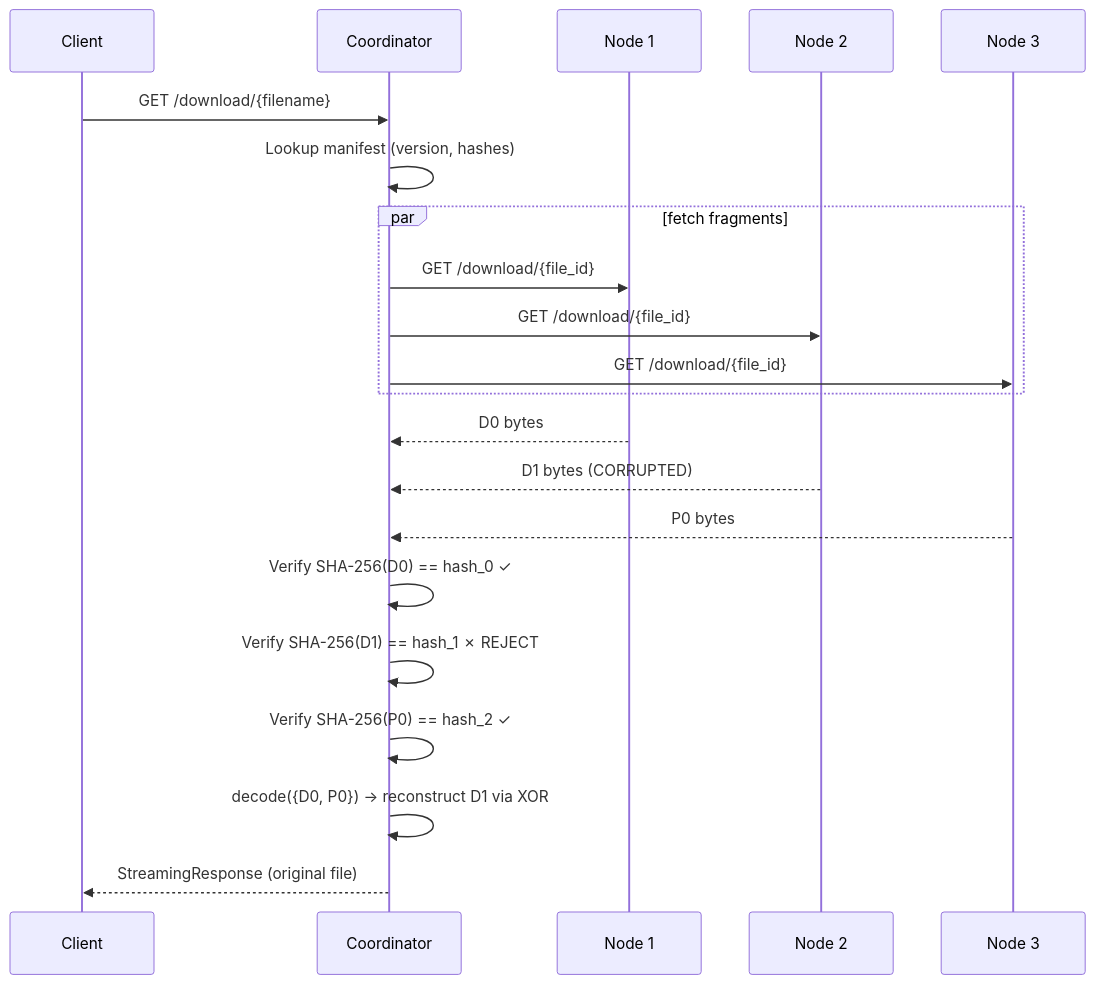
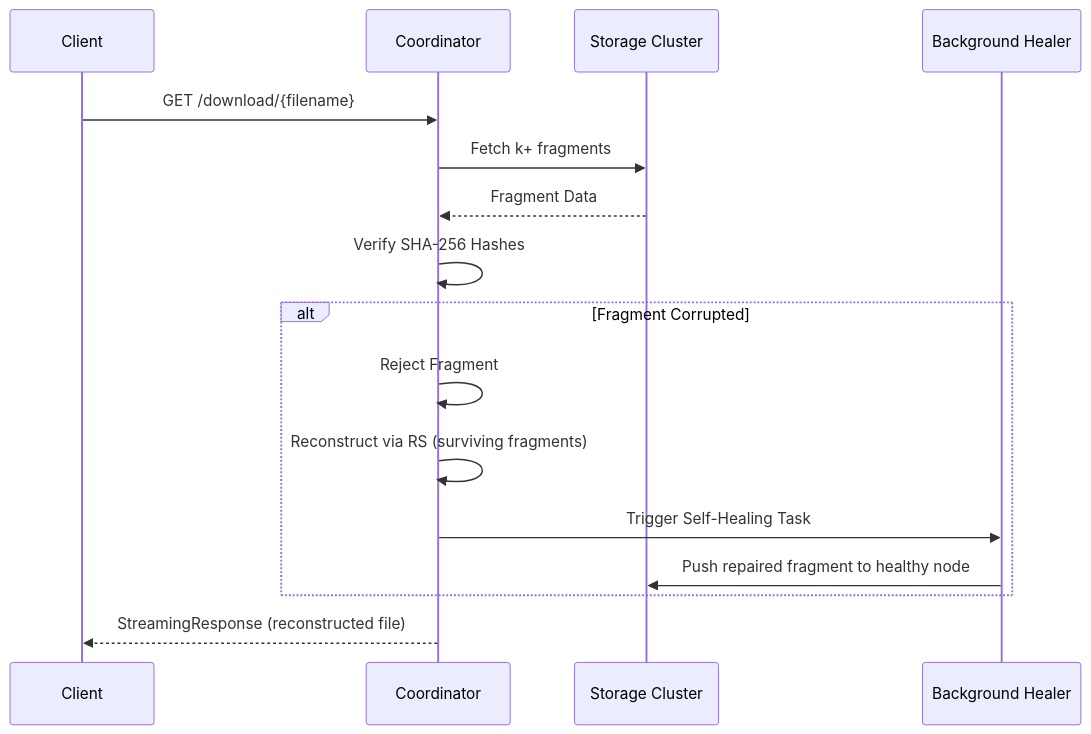
Before and after one commit to kaushik-3009/distributed-object-store: the second of 2 diagrams in README.md, drawn with Mermaid. The commit also changed other lines of this file and 2 other files, not shown here.

````diff
--- a/README.md
+++ b/README.md
@@ -40,24 +47,19 @@
 ```mermaid
 sequenceDiagram
     participant C as Client
     participant Coord as Coordinator
-    participant N1 as Node 1
-    participant N2 as Node 2
-    participant N3 as Node 3
+    participant Nodes as Storage Cluster
+    participant BG as Background Healer
 
     C->>Coord: GET /download/{filename}
-    Coord->>Coord: Lookup manifest (version, hashes)
-    par fetch fragments
-        Coord->>N1: GET /download/{file_id}
-        Coord->>N2: GET /download/{file_id}
-        Coord->>N3: GET /download/{file_id}
+    Coord->>Nodes: Fetch k+ fragments
+    Nodes-->>Coord: Fragment Data
+    Coord->>Coord: Verify SHA-256 Hashes
+    alt Fragment Corrupted
+        Coord->>Coord: Reject Fragment
+        Coord->>Coord: Reconstruct via RS (surviving fragments)
+        Coord->>BG: Trigger Self-Healing Task
+        BG->>Nodes: Push repaired fragment to healthy node
     end
-    N1-->>Coord: D0 bytes
-    N2-->>Coord: D1 bytes (CORRUPTED)
-    N3-->>Coord: P0 bytes
-    Coord->>Coord: Verify SHA-256(D0) == hash_0 ✓
-    Coord->>Coord: Verify SHA-256(D1) == hash_1 ✗ REJECT
-    Coord->>Coord: Verify SHA-256(P0) == hash_2 ✓
-    Coord->>Coord: decode({D0, P0}) → reconstruct D1 via XOR
-    Coord-->>C: StreamingResponse (original file)
+    Coord-->>C: StreamingResponse (reconstructed file)
 ```
````
